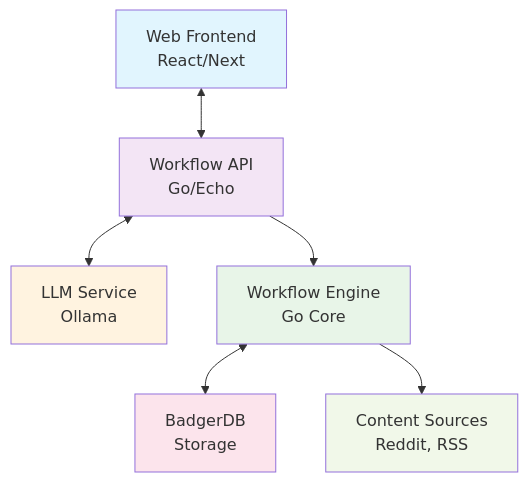
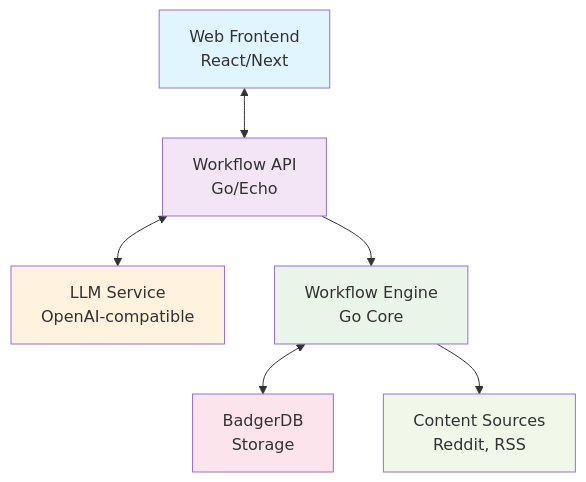
The first of 2 diagrams in planning/curator_td_restructured.md (bakkerme/curator-ai), drawn with Mermaid before and after one commit. The commit also changed other lines of this file and 27 other files, not shown here.

````diff
--- a/planning/curator_td_restructured.md
+++ b/planning/curator_td_restructured.md
@@ -20,15 +20,15 @@
 ```mermaid
 graph TB
     A[Web Frontend<br/>React/Next] <--> B[Workflow API<br/>Go/Echo]
-    B <--> C[LLM Service<br/>Ollama]
+    B <--> C[LLM Service<br/>OpenAI-compatible]
     B --> D[Workflow Engine<br/>Go Core]
     D <--> E[BadgerDB<br/>Storage]
     D --> F[Content Sources<br/>Reddit, RSS]
     
     style A fill:#e1f5fe
     style B fill:#f3e5f5
     style C fill:#fff3e0
     style D fill:#e8f5e8
     style E fill:#fce4ec
     style F fill:#f1f8e9
 ```
````
